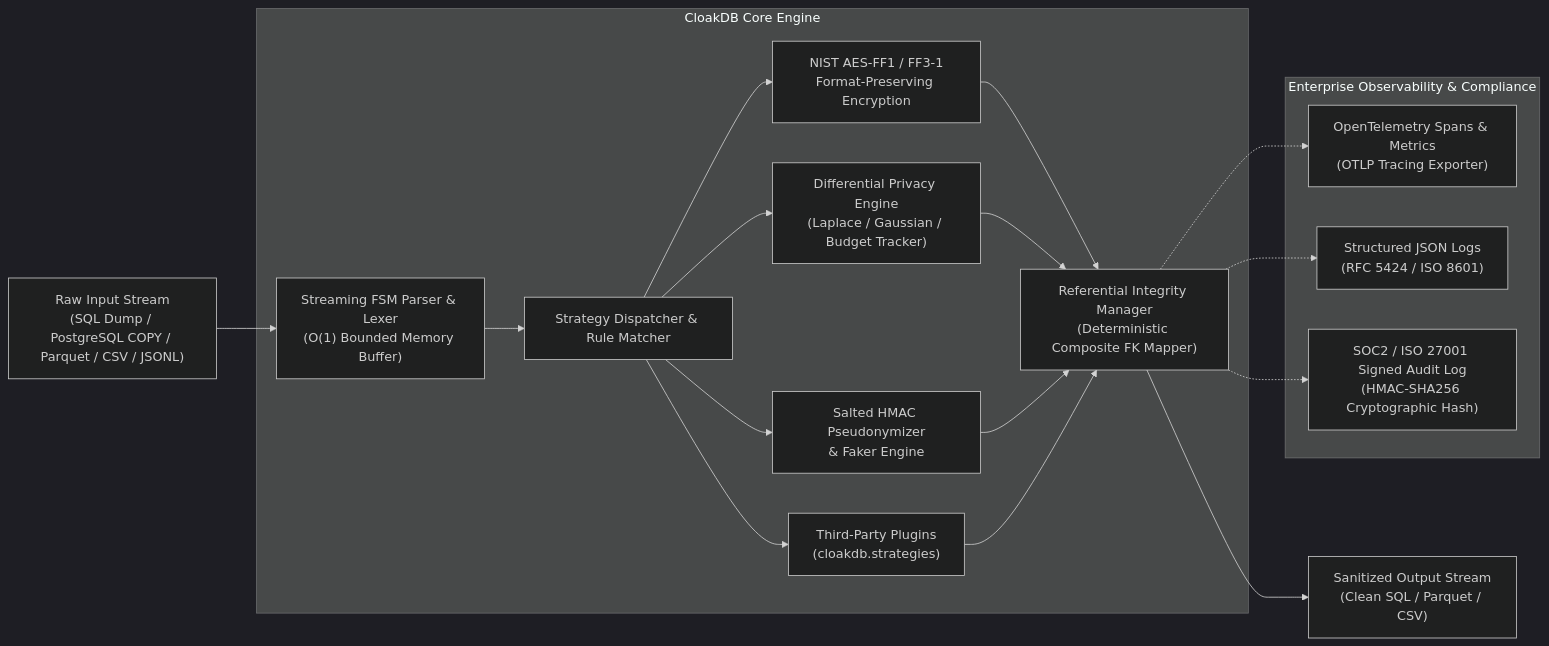
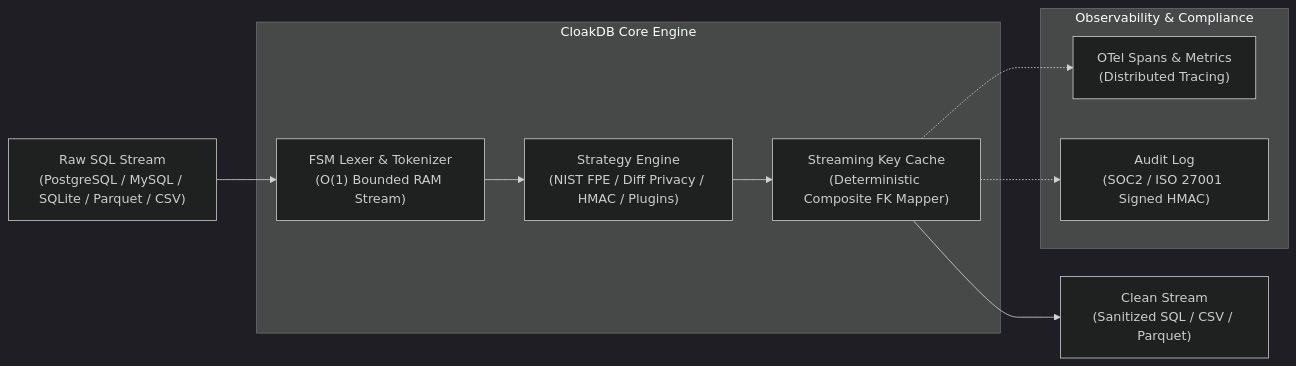
The diagram in README.md (latryee/CloakDB), drawn with Mermaid (dark theme) before and after one commit. The commit also changed other lines of this file and 2 other files, not shown here.

First line of the commit message:
docs(release): finalize v1.0.0 release audit and showcase documentation

````diff
--- a/README.md
+++ b/README.md
@@ -56,23 +67,16 @@
 ```mermaid
 flowchart LR
-    A["Raw Input Stream<br/>(SQL Dump / PostgreSQL COPY / Parquet / CSV / JSONL)"] --> B["Streaming FSM Parser & Lexer<br/>(O(1) Bounded Memory Buffer)"]
+    A["Raw SQL Stream<br/>(PostgreSQL / MySQL / SQLite / Parquet / CSV)"] --> B["FSM Lexer & Tokenizer<br/>(O(1) Bounded RAM Stream)"]
     
     subgraph Engine["CloakDB Core Engine"]
-        B --> C["Strategy Dispatcher & Rule Matcher"]
-        
-        C --> D["NIST AES-FF1 / FF3-1<br/>Format-Preserving Encryption"]
-        C --> E["Differential Privacy Engine<br/>(Laplace / Gaussian / Budget Tracker)"]
-        C --> F["Salted HMAC Pseudonymizer<br/>& Faker Engine"]
-        C --> G["Third-Party Plugins<br/>(cloakdb.strategies)"]
-        
-        D & E & F & G --> H["Referential Integrity Manager<br/>(Deterministic Composite FK Mapper)"]
+        B --> C["Strategy Engine<br/>(NIST FPE / Diff Privacy / HMAC / Plugins)"]
+        C --> D["Streaming Key Cache<br/>(Deterministic Composite FK Mapper)"]
     end
     
-    H --> I["Sanitized Output Stream<br/>(Clean SQL / Parquet / CSV)"]
+    D --> E["Clean Stream<br/>(Sanitized SQL / CSV / Parquet)"]
     
-    subgraph Observability["Enterprise Observability & Compliance"]
-        H -.-> J["OpenTelemetry Spans & Metrics<br/>(OTLP Tracing Exporter)"]
-        H -.-> K["Structured JSON Logs<br/>(RFC 5424 / ISO 8601)"]
-        H -.-> L["SOC2 / ISO 27001 Signed Audit Log<br/>(HMAC-SHA256 Cryptographic Hash)"]
+    subgraph Compliance["Observability & Compliance"]
+        D -.-> F["OTel Spans & Metrics<br/>(Distributed Tracing)"]
+        D -.-> G["Audit Log<br/>(SOC2 / ISO 27001 Signed HMAC)"]
     end
 ```
````
